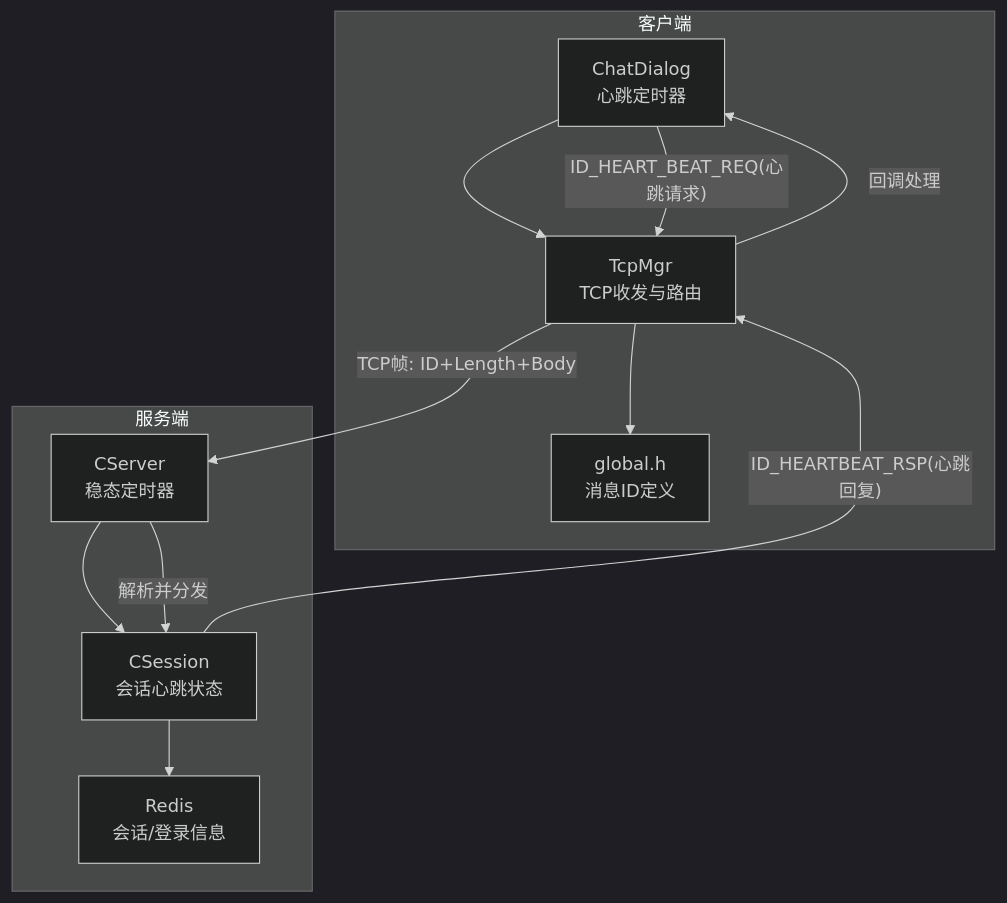
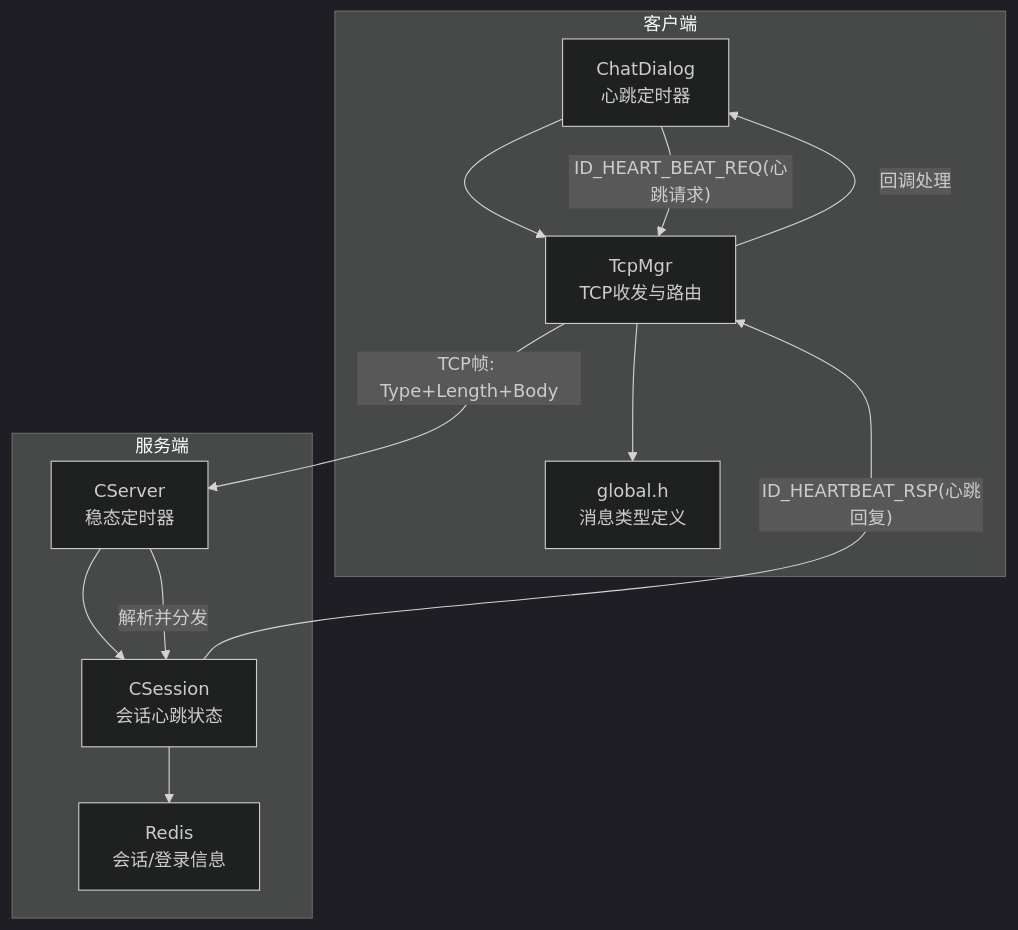
One commit to echo9923/mychatter changed the first of 8 diagrams in .qoder/repowiki/zh/content/网络通信/TCP通信协议/心跳机制.md. Above: the diagram before and after it, drawn with Mermaid (dark theme). The commit also changed other lines of this file and 128 other files, not shown here.

````diff
--- a/.qoder/repowiki/zh/content/网络通信/TCP通信协议/心跳机制.md
+++ b/.qoder/repowiki/zh/content/网络通信/TCP通信协议/心跳机制.md
@@ -34,16 +34,16 @@
 ```mermaid
 graph TB
 subgraph "客户端"
 CD["ChatDialog<br/>心跳定时器"] --> TM["TcpMgr<br/>TCP收发与路由"]
-TM --> GH["global.h<br/>消息ID定义"]
+TM --> GH["global.h<br/>消息类型定义"]
 end
 subgraph "服务端"
 CSrv["CServer<br/>稳态定时器"] --> CSess["CSession<br/>会话心跳状态"]
 CSess --> Redis["Redis<br/>会话/登录信息"]
 end
 CD --> |"ID_HEART_BEAT_REQ(心跳请求)"| TM
-TM --> |"TCP帧: ID+Length+Body"| CSrv
+TM --> |"TCP帧: Type+Length+Body"| CSrv
 CSrv --> |"解析并分发"| CSess
 CSess --> |"ID_HEARTBEAT_RSP(心跳回复)"| TM
 TM --> |"回调处理"| CD
 ```
````
